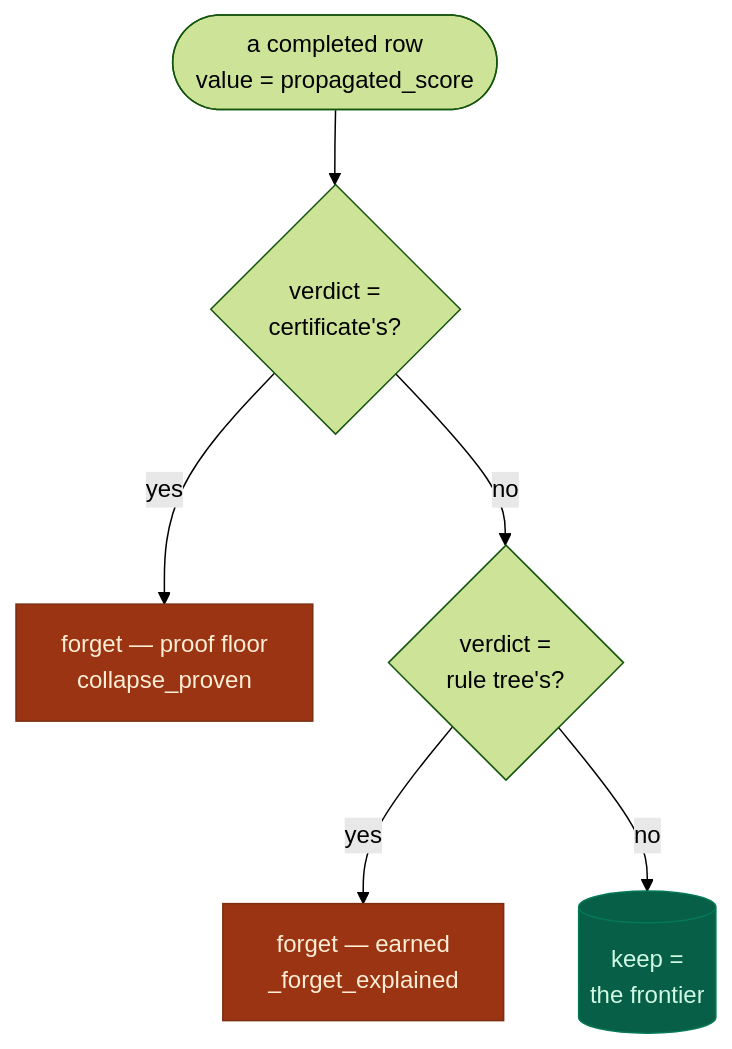
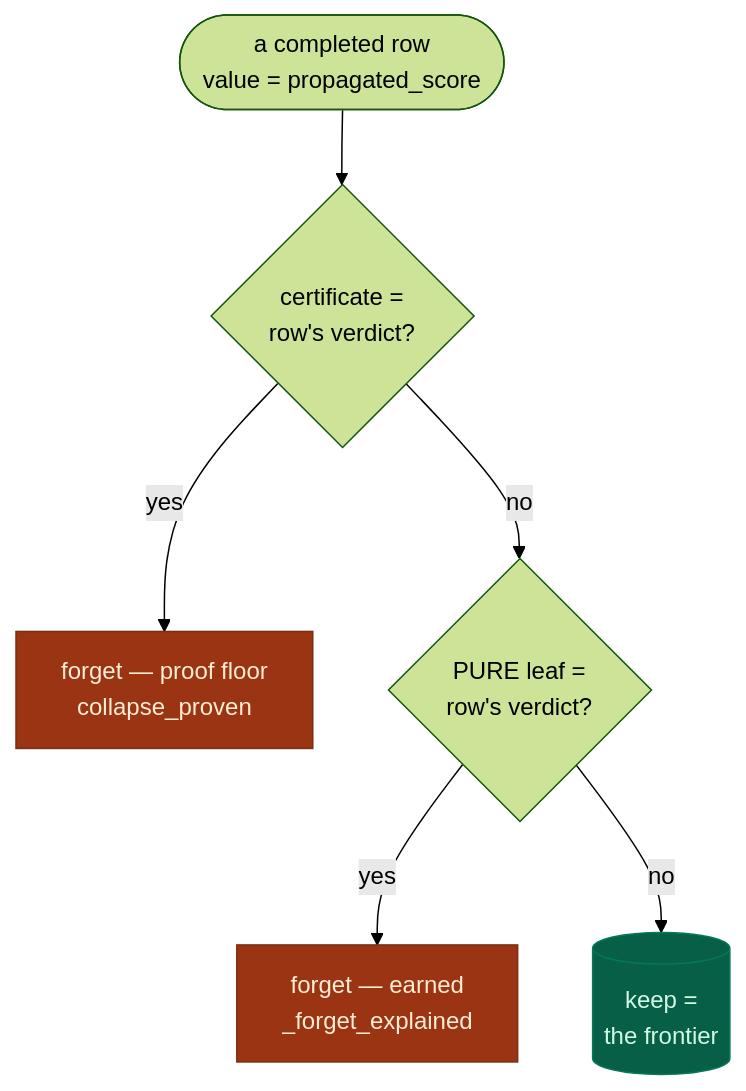
Before and after one commit to MatheweB/WiseExplorer: the second of 2 diagrams in docs/certified-forgetting.md, drawn with Mermaid (forest theme). The commit also changed other lines of this file and 1 other file, not shown here.

Commit message:
Earned forgetting: only pure-leaf theorems license deletion

````diff
--- a/docs/certified-forgetting.md
+++ b/docs/certified-forgetting.md
@@ -87,10 +90,10 @@
 ```mermaid
 flowchart TD
     classDef cut fill:#9a3412,stroke:#7c2d12,color:#ffedd5
     classDef keep fill:#065f46,stroke:#047857,color:#d1fae5
-    R(["a completed row<br/>value = propagated_score"]) --> Q1{"verdict =<br/>certificate's?"}
+    R(["a completed row<br/>value = propagated_score"]) --> Q1{"certificate =<br/>row's verdict?"}
     Q1 -->|yes| D1["forget — proof floor<br/>collapse_proven"]:::cut
-    Q1 -->|no| Q2{"verdict =<br/>rule tree's?"}
+    Q1 -->|no| Q2{"PURE leaf =<br/>row's verdict?"}
     Q2 -->|yes| D2["forget — earned<br/>_forget_explained"]:::cut
     Q2 -->|no| K[("keep =<br/>the frontier")]:::keep
 ```
````
